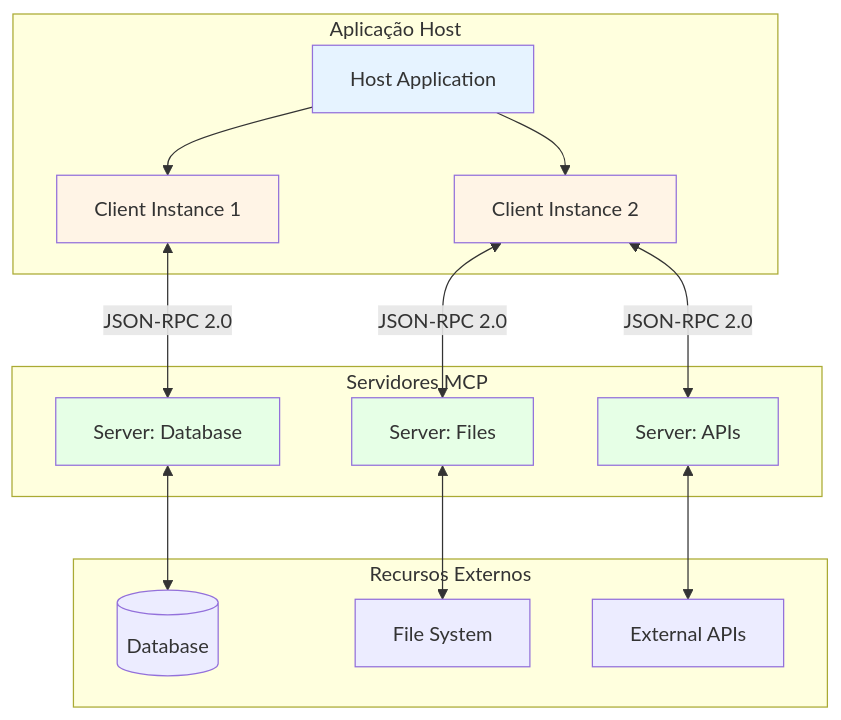
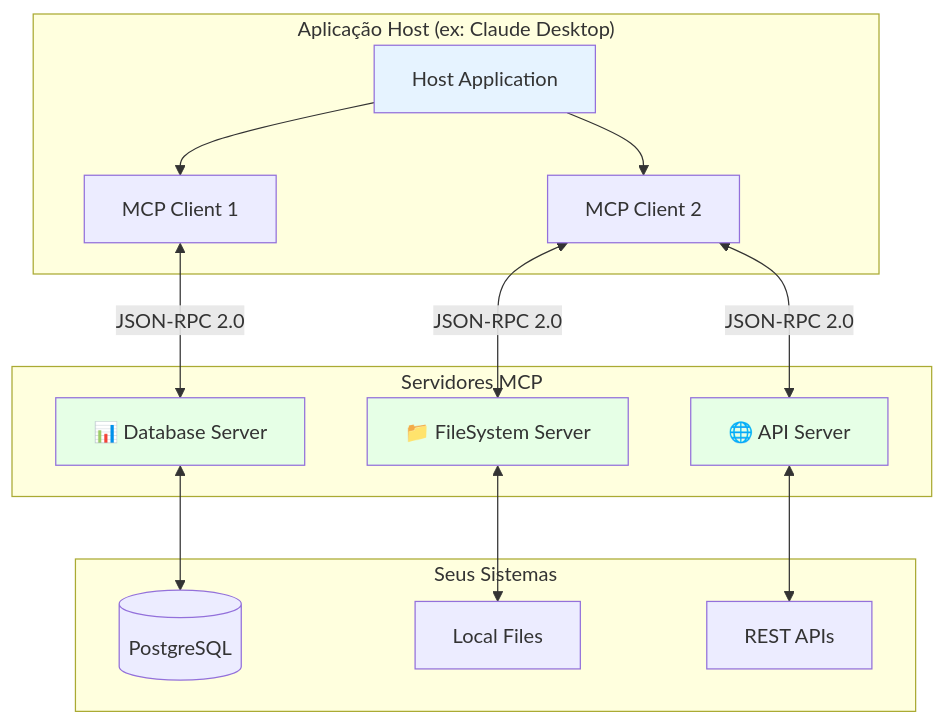
One commit to felipepimentel/my-public-notes changed the sixth of 20 diagrams in AI/Comunicação/MCP/00-mcp-presentation-zero to hero.md. Above: the diagram before and after it, drawn with Mermaid. The commit also changed other lines of this file, not shown here.

````diff
--- a/AI/Comunicação/MCP/00-mcp-presentation-zero to hero.md
+++ b/AI/Comunicação/MCP/00-mcp-presentation-zero to hero.md
@@ -185,37 +172,35 @@
 ```mermaid
-flowchart TB
-    subgraph "Aplicação Host"
+graph TB
+    subgraph "Aplicação Host (ex: Claude Desktop)"
         H[Host Application]
-        C1[Client Instance 1]
-        C2[Client Instance 2]
+        C1[MCP Client 1]
+        C2[MCP Client 2]
         H --> C1
         H --> C2
     end
     
     subgraph "Servidores MCP"
-        S1[Server: Database]
-        S2[Server: Files]
-        S3[Server: APIs]
+        S1[📊 Database Server]
+        S2[📁 FileSystem Server]
+        S3[🌐 API Server]
     end
     
-    subgraph "Recursos Externos"
-        DB[(Database)]
-        FS[File System]
-        API[External APIs]
+    subgraph "Seus Sistemas"
+        DB[(PostgreSQL)]
+        FS[Local Files]
+        API[REST APIs]
     end
     
     C1 <-->|"JSON-RPC 2.0"| S1
     C2 <-->|"JSON-RPC 2.0"| S2
     C2 <-->|"JSON-RPC 2.0"| S3
     
     S1 <--> DB
     S2 <--> FS
     S3 <--> API
     
     style H fill:#e6f3ff
-    style C1 fill:#fff4e6
-    style C2 fill:#fff4e6
     style S1 fill:#e6ffe6
     style S2 fill:#e6ffe6
     style S3 fill:#e6ffe6
 ```
````
